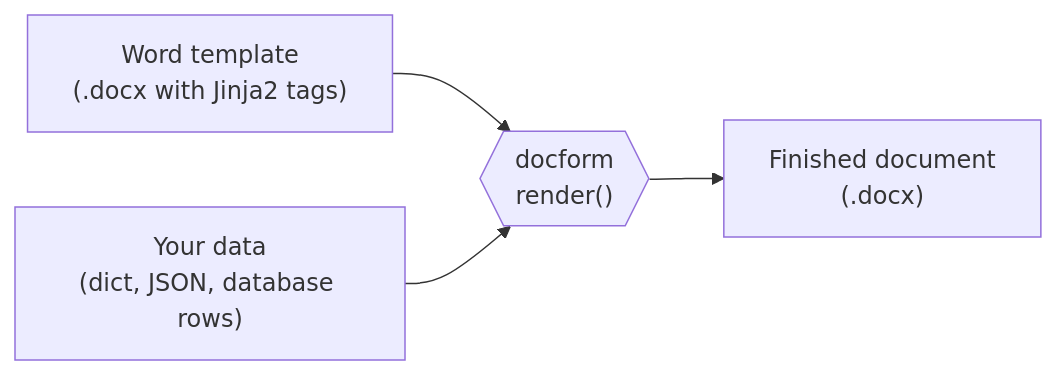
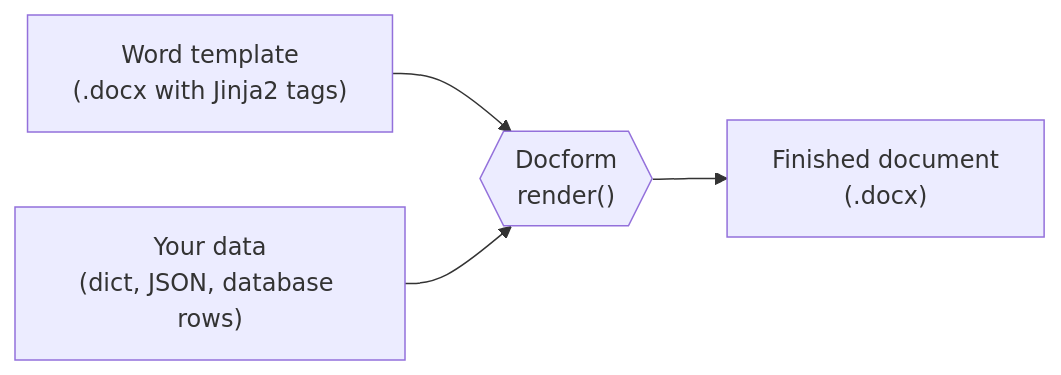
One commit to cvas22/docform changed the diagram in README.md. Above: the diagram before and after it, drawn with Mermaid. The commit also changed other lines of this file and 6 other files, not shown here.

````diff
--- a/README.md
+++ b/README.md
@@ -51,6 +51,6 @@
 ```mermaid
 flowchart LR
-    T["Word template<br/>(.docx with Jinja2 tags)"] --> R{{"docform<br/>render()"}}
+    T["Word template<br/>(.docx with Jinja2 tags)"] --> R{{"Docform<br/>render()"}}
     D["Your data<br/>(dict, JSON, database rows)"] --> R
     R --> O["Finished document<br/>(.docx)"]
 ```
````
